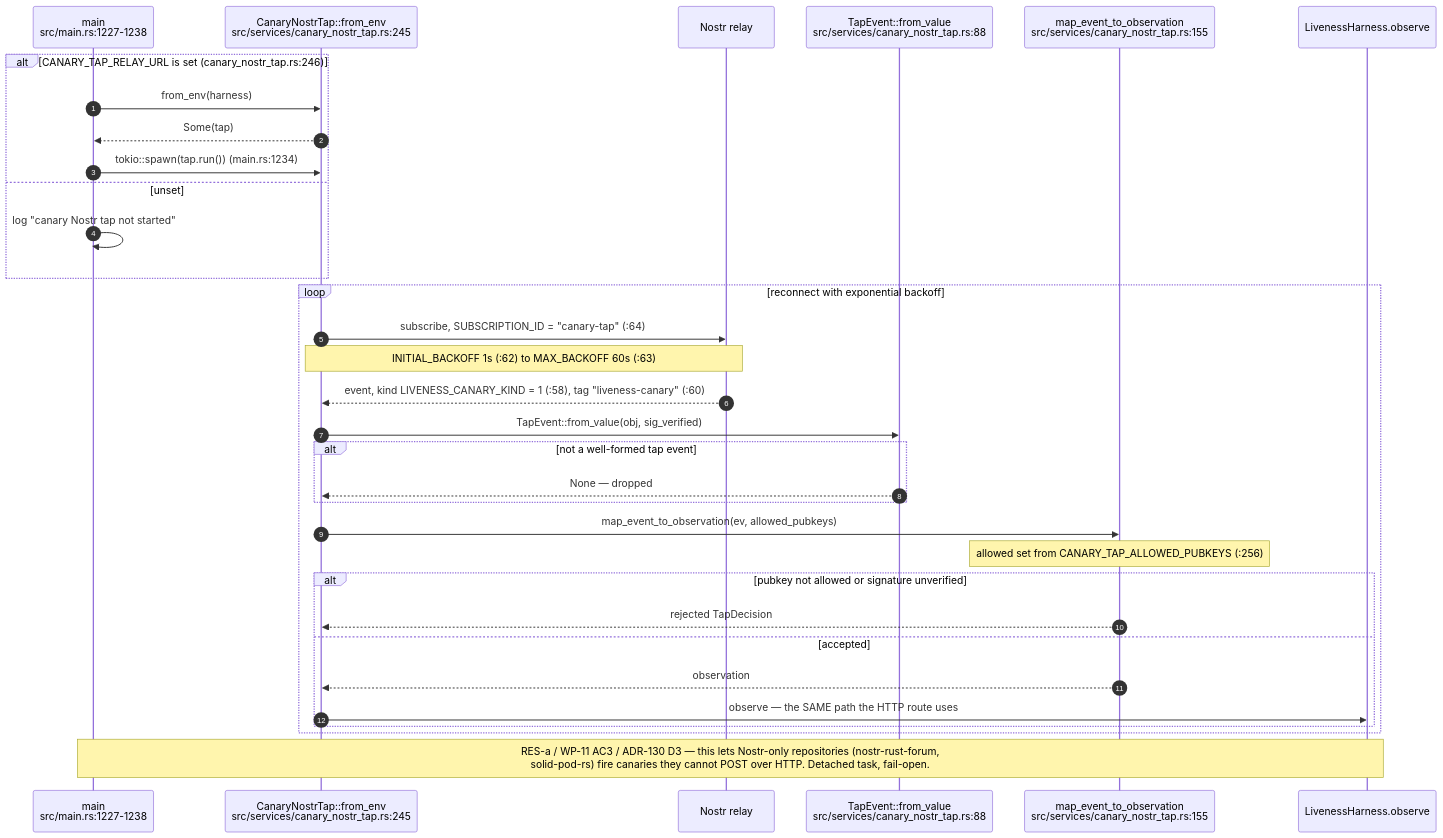
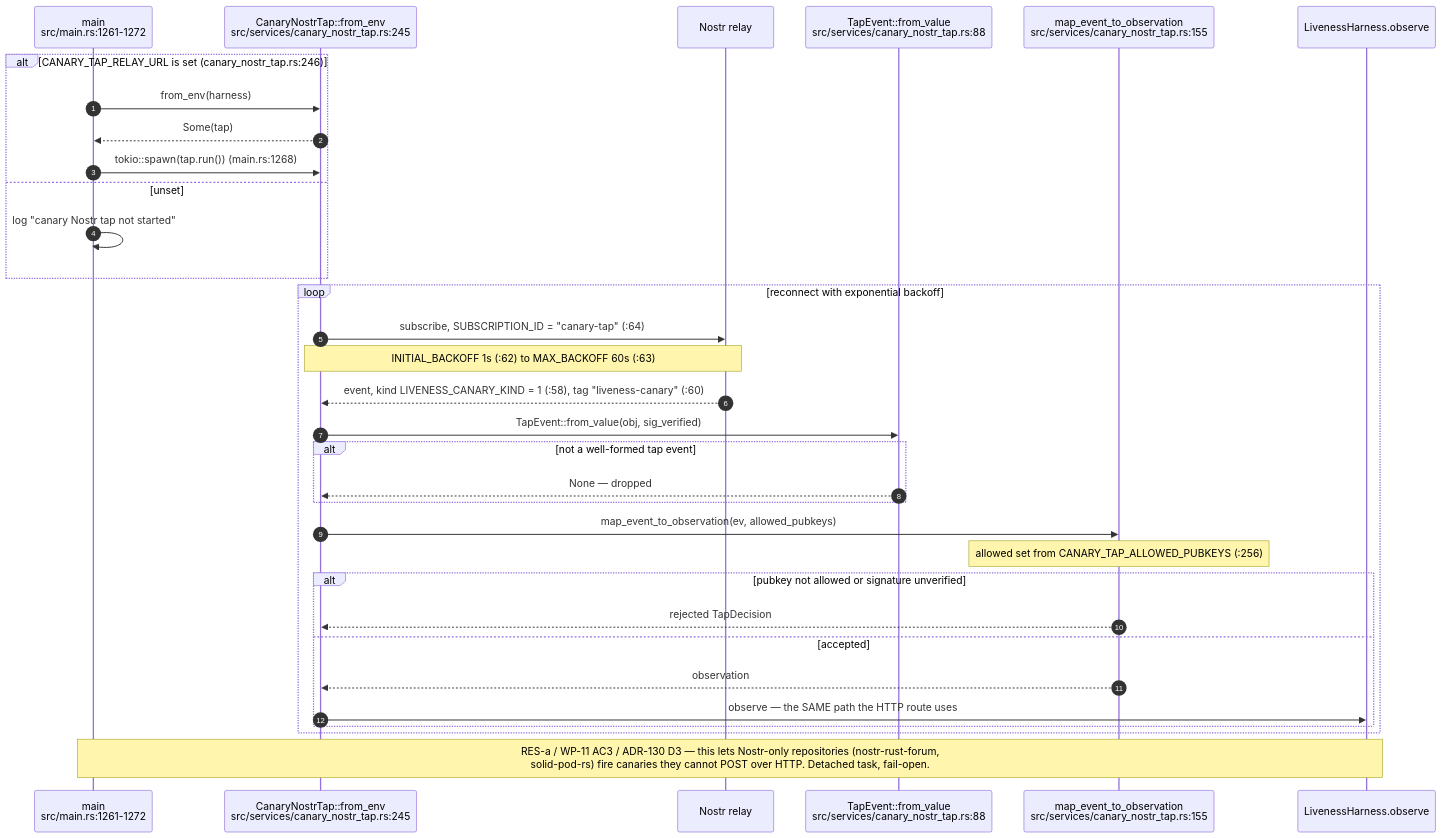
Before and after one commit to DreamLab-AI/VisionFlow: the fifth of 9 diagrams in docs/diagrams/visionclaw/08-observability-health-and-dev-loop.md, drawn with Mermaid. The commit also changed other lines of this file and 136 other files, not shown here.

First line of the commit message:
docs(diagrams): refresh the whole corpus to code HEAD and prune low-value diagrams

````diff
--- a/docs/diagrams/visionclaw/08-observability-health-and-dev-loop.md
+++ b/docs/diagrams/visionclaw/08-observability-health-and-dev-loop.md
@@ -150,36 +147,36 @@
 ```mermaid
 sequenceDiagram
     autonumber
-    participant M as main<br/>src/main.rs:1227-1238
+    participant M as main<br/>src/main.rs:1261-1272
     participant T as CanaryNostrTap::from_env<br/>src/services/canary_nostr_tap.rs:245
     participant R as Nostr relay
     participant E as TapEvent::from_value<br/>src/services/canary_nostr_tap.rs:88
     participant D as map_event_to_observation<br/>src/services/canary_nostr_tap.rs:155
     participant LH as LivenessHarness.observe
 
     alt CANARY_TAP_RELAY_URL is set (canary_nostr_tap.rs:246)
         M->>T: from_env(harness)
         T-->>M: Some(tap)
-        M->>T: tokio::spawn(tap.run()) (main.rs:1234)
+        M->>T: tokio::spawn(tap.run()) (main.rs:1268)
     else unset
         M->>M: log "canary Nostr tap not started"
     end
     loop reconnect with exponential backoff
         T->>R: subscribe, SUBSCRIPTION_ID = "canary-tap" (:64)
         Note over T,R: INITIAL_BACKOFF 1s (:62) to MAX_BACKOFF 60s (:63)
         R-->>T: event, kind LIVENESS_CANARY_KIND = 1 (:58), tag "liveness-canary" (:60)
         T->>E: TapEvent::from_value(obj, sig_verified)
         alt not a well-formed tap event
             E-->>T: None — dropped
         end
         T->>D: map_event_to_observation(ev, allowed_pubkeys)
         Note over D: allowed set from CANARY_TAP_ALLOWED_PUBKEYS (:256)
         alt pubkey not allowed or signature unverified
             D-->>T: rejected TapDecision
         else accepted
             D-->>T: observation
             T->>LH: observe — the SAME path the HTTP route uses
         end
     end
     Note over M,LH: RES-a / WP-11 AC3 / ADR-130 D3 — this lets Nostr-only repositories (nostr-rust-forum,<br/>solid-pod-rs) fire canaries they cannot POST over HTTP. Detached task, fail-open.
 ```
````
